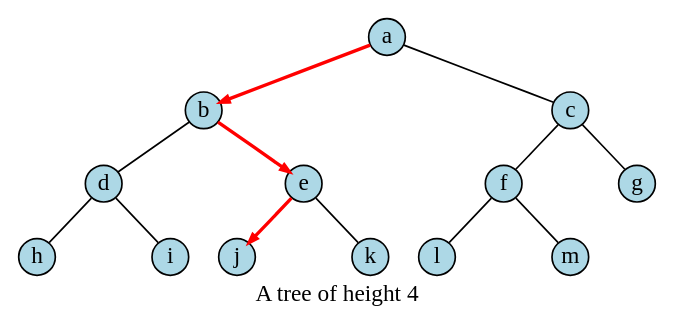
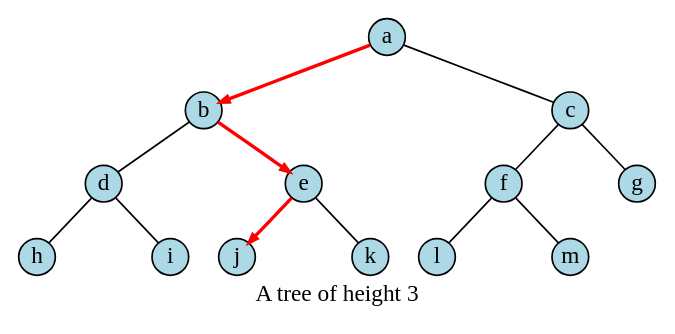
One commit to DaveParillo/cisc187-reader changed the second of 3 diagrams in src/trees/trees.rst. Above: the diagram before and after it, drawn with Graphviz. The commit also changed other lines of this file and 25 other files, not shown here.

```diff
--- a/src/trees/trees.rst
+++ b/src/trees/trees.rst
@@ -145,33 +172,33 @@
 .. digraph:: larger
-   :alt: A tree of height 4
+   :alt: A tree of height 3
 
    graph [
           nodesep=0.25, ranksep=0.3, splines=line;
           labelloc=b;
-          label="A tree of height 4";
+          label="A tree of height 3";
        ];
    node [fontname = "Bitstream Vera Sans", fontsize=14,
          style=filled, fillcolor=lightblue,
          shape=circle, fixedsize=true, width=0.3];
    edge [weight=1, arrowsize=0.5, dir=none];
 
    a, b, am, c, d, bm, e, f, cm, g, h, dm, i, j, em, k, l, fm, m;
    am, bm, cm, dm, em, fm [style=invis, label=""];
 
    a->b [color=red, penwidth=2, dir=forward];
    a->c;
    b->d [weight=2]; // nudge b: trees b & c are not balanced
    b->e [color=red, penwidth=2, dir=forward];
    c->f,g;
    d->h,i;
    e->j [color=red, penwidth=2, dir=forward];
    e->k;
    f->l,m;
 
    edge [style=invis, weight=100];
    d->dm; 
    e->em;
    b->bm;
    f->fm;
    c->cm;
    a->am;
```
